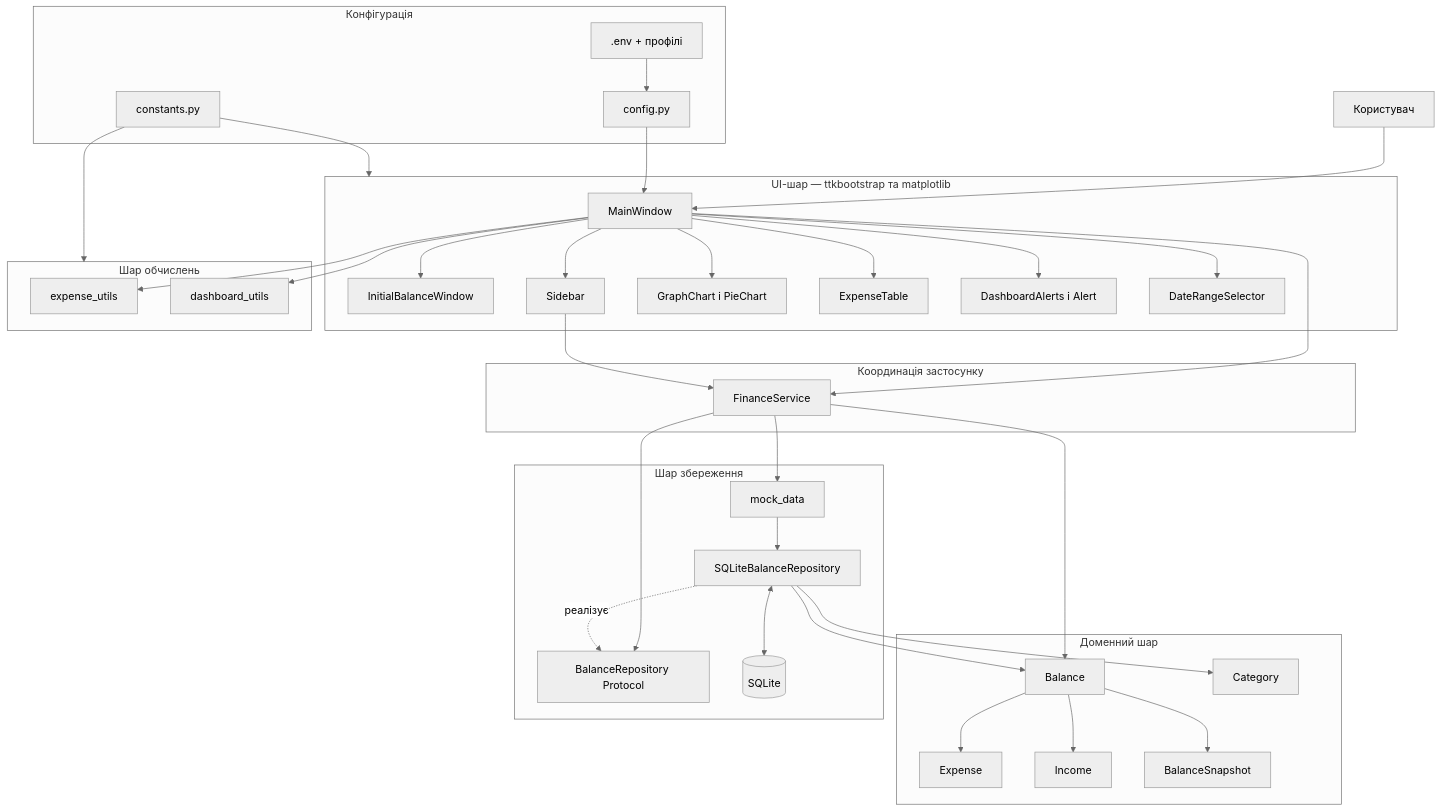
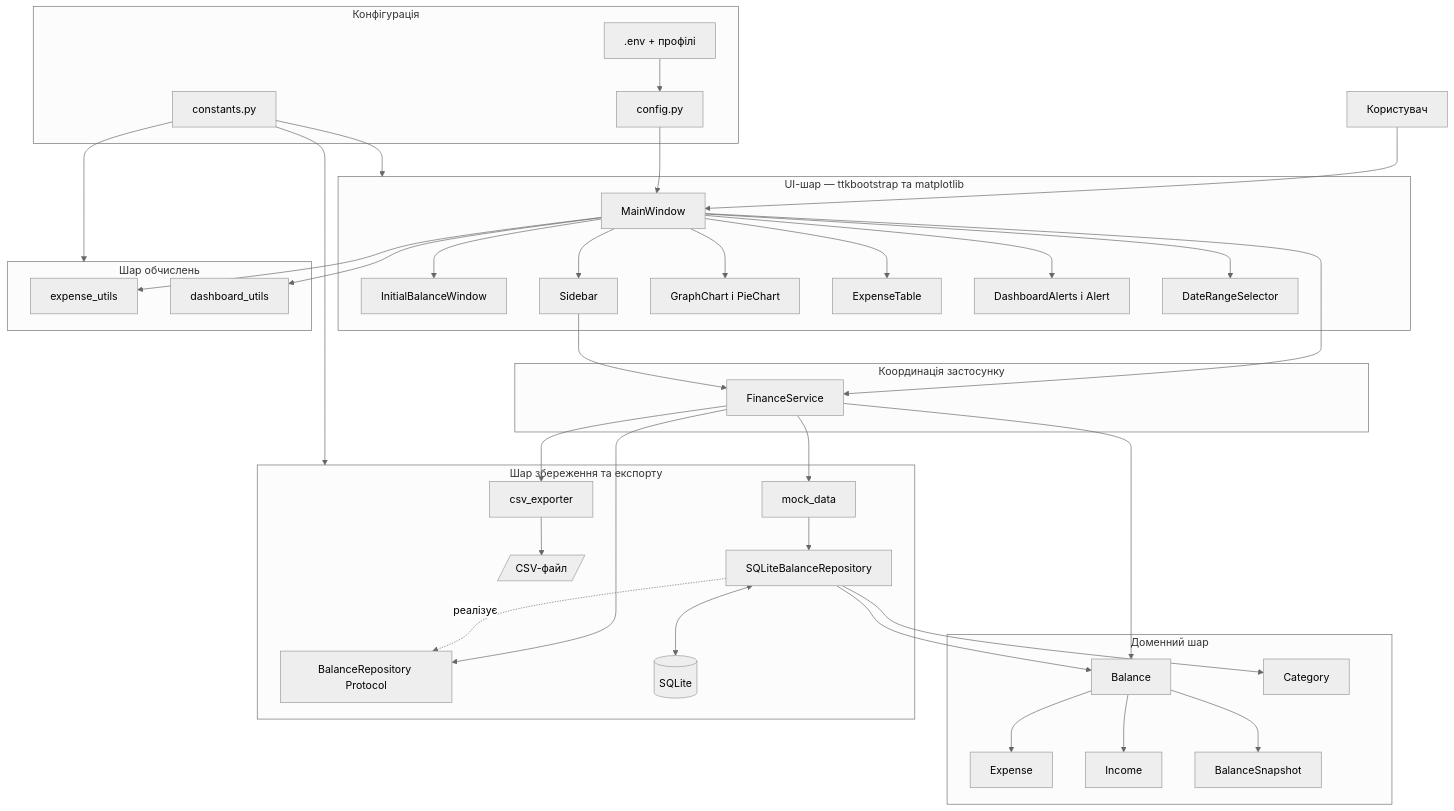
One commit to IllyaHavrulyk/PythonFinalProject changed the first of 8 diagrams in docs/ARCHITECTURE_UA.md. Above: the diagram before and after it, drawn with Mermaid (neutral theme). The commit also changed other lines of this file and 13 other files, not shown here.

First line of the commit message:
lection11: cover the project with unit tests and refresh the architecture docs

````diff
--- a/docs/ARCHITECTURE_UA.md
+++ b/docs/ARCHITECTURE_UA.md
@@ -27,71 +27,76 @@
 ```mermaid
 flowchart TB
     User[Користувач]
 
     subgraph Presentation[UI-шар — ttkbootstrap та matplotlib]
         MainWindow[MainWindow]
         InitialDialog[InitialBalanceWindow]
         Sidebar[Sidebar]
         Charts[GraphChart і PieChart]
         ExpenseTable[ExpenseTable]
         Alerts[DashboardAlerts і Alert]
         DateSelector[DateRangeSelector]
     end
 
     subgraph ApplicationLogic[Координація застосунку]
         FinanceService[FinanceService]
     end
 
     subgraph Domain[Доменний шар]
         Balance[Balance]
         Expense[Expense]
         Income[Income]
         Snapshot[BalanceSnapshot]
         Category[Category]
     end
 
     subgraph Calculations[Шар обчислень]
         ExpenseUtils[expense_utils]
         DashboardUtils[dashboard_utils]
     end
 
-    subgraph Persistence[Шар збереження]
+    subgraph Persistence[Шар збереження та експорту]
         RepositoryContract[BalanceRepository Protocol]
         Repository[SQLiteBalanceRepository]
         MockData[mock_data]
+        CsvExporter[csv_exporter]
         Database[(SQLite)]
+        CsvFile[/CSV-файл/]
     end
 
     subgraph Configuration[Конфігурація]
         Env[.env + профілі]
         Config[config.py]
         Constants[constants.py]
     end
 
     User --> MainWindow
     MainWindow --> InitialDialog
     MainWindow --> Sidebar
     MainWindow --> Charts
     MainWindow --> ExpenseTable
     MainWindow --> Alerts
     MainWindow --> DateSelector
     MainWindow --> FinanceService
     Sidebar --> FinanceService
     MainWindow --> ExpenseUtils
     MainWindow --> DashboardUtils
     Balance --> Expense
     Balance --> Income
     Balance --> Snapshot
     FinanceService --> Balance
     FinanceService --> RepositoryContract
     Repository -.->|реалізує| RepositoryContract
     Repository --> Balance
     Repository --> Category
     Repository <--> Database
     MockData --> Repository
     Env --> Config
     Config --> MainWindow
     FinanceService --> MockData
+    FinanceService --> CsvExporter
+    CsvExporter --> CsvFile
     Constants --> Presentation
     Constants --> Calculations
+    Constants --> Persistence
 ```
````
